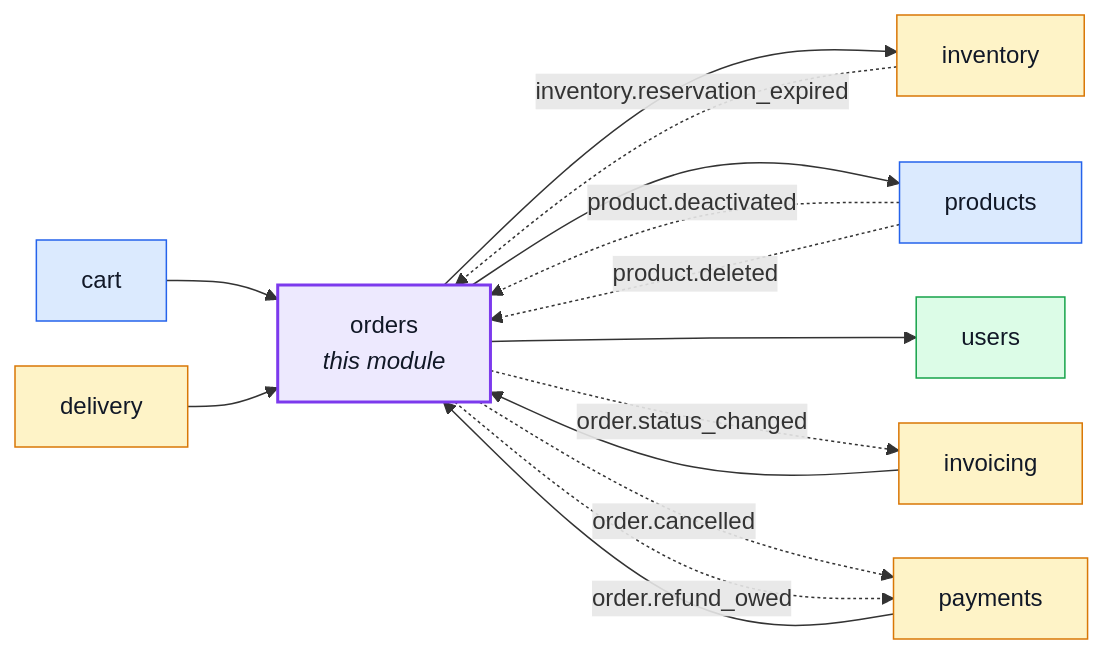
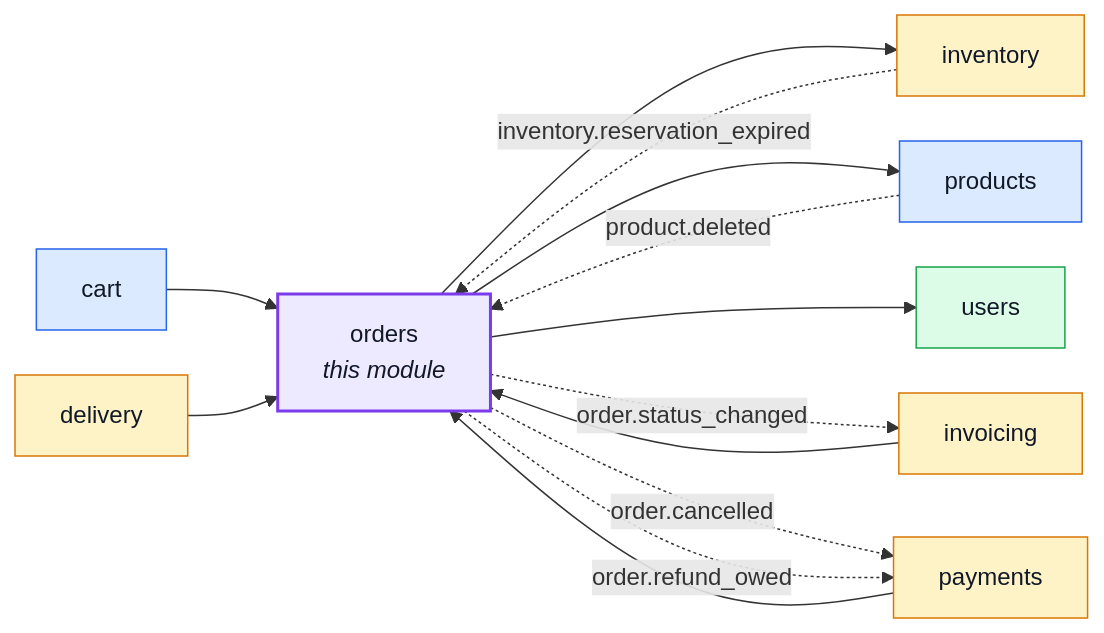
The first of 2 diagrams in docs/modules/orders.md (Guebbit/boilerplate-node-backend), drawn with Mermaid before and after one commit. The commit also changed 5 other files, not shown here.

First line of the commit message:
fix(orders): keep pending orders when a product is deactivated

````diff
--- a/docs/modules/orders.md
+++ b/docs/modules/orders.md
@@ -16,35 +16,34 @@
 ```mermaid
 %%{init: {'flowchart': {'nodeSpacing': 30, 'rankSpacing': 60}}}%%
 flowchart LR
     orders["orders<br/><i>this module</i>"]
     cart["cart"]
     delivery["delivery"]
     inventory["inventory"]
     invoicing["invoicing"]
     payments["payments"]
     products["products"]
     users["users"]
 
     cart --> orders
     delivery --> orders
     invoicing --> orders
     payments --> orders
     orders --> inventory
     orders --> products
     orders --> users
     inventory -. "inventory.reservation_expired" .-> orders
-    products -. "product.deactivated" .-> orders
     products -. "product.deleted" .-> orders
     orders -. "order.status_changed" .-> invoicing
     orders -. "order.cancelled" .-> payments
     orders -. "order.refund_owed" .-> payments
 
     classDef core fill:#dbeafe,stroke:#2563eb,color:#111827;
     classDef supporting fill:#fef3c7,stroke:#d97706,color:#111827;
     classDef generic fill:#dcfce7,stroke:#16a34a,color:#111827;
     classDef centre fill:#ede9fe,stroke:#7c3aed,stroke-width:2px,color:#111827;
     class cart,products core;
     class delivery,inventory,invoicing,payments supporting;
     class users generic;
     class orders centre;
 ```
````
